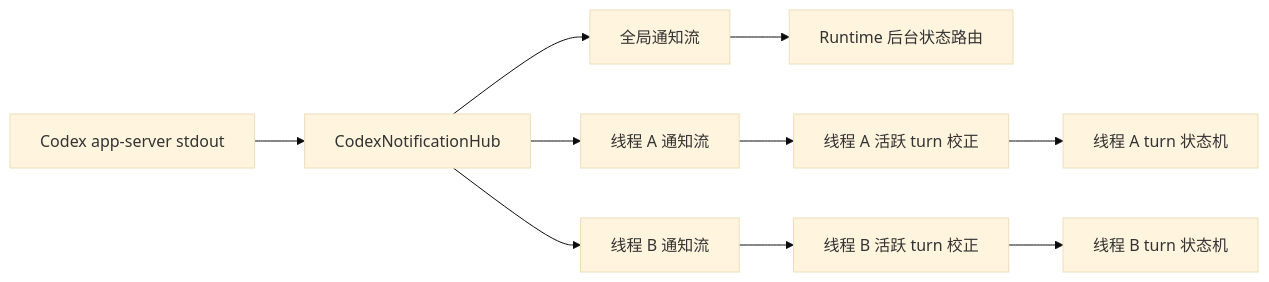
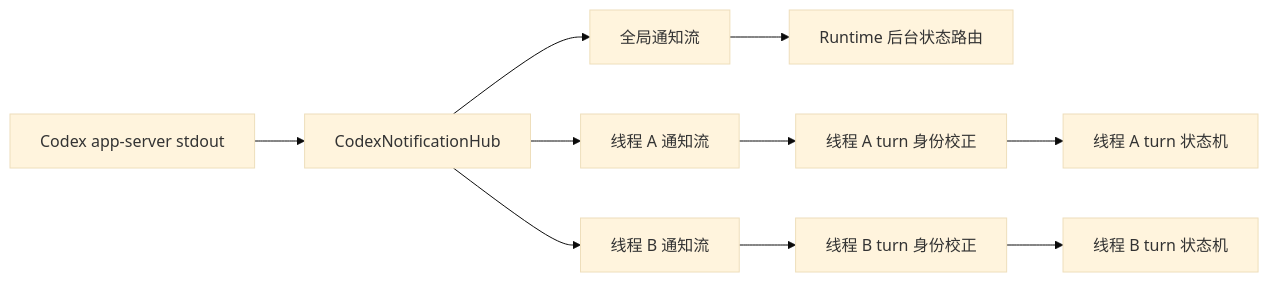
The first of 2 diagrams in i18n/zh/docusaurus-plugin-content-docs/current/architecture/codex-notification-routing.md (wecode-ai/wegent-docs), drawn with Mermaid (base theme) before and after one commit. The commit also changed other lines of this file and 7 other files, not shown here.

````diff
--- a/i18n/zh/docusaurus-plugin-content-docs/current/architecture/codex-notification-routing.md
+++ b/i18n/zh/docusaurus-plugin-content-docs/current/architecture/codex-notification-routing.md
@@ -13,12 +13,12 @@
 ```mermaid
 flowchart LR
     A[Codex app-server stdout] --> B[CodexNotificationHub]
     B --> C[全局通知流]
     B --> D1[线程 A 通知流]
     B --> D2[线程 B 通知流]
     C --> E[Runtime 后台状态路由]
-    D1 --> F1[线程 A 活跃 turn 校正]
-    D2 --> F2[线程 B 活跃 turn 校正]
+    D1 --> F1[线程 A turn 身份校正]
+    D2 --> F2[线程 B turn 身份校正]
     F1 --> G1[线程 A turn 状态机]
     F2 --> G2[线程 B turn 状态机]
 ```
````
